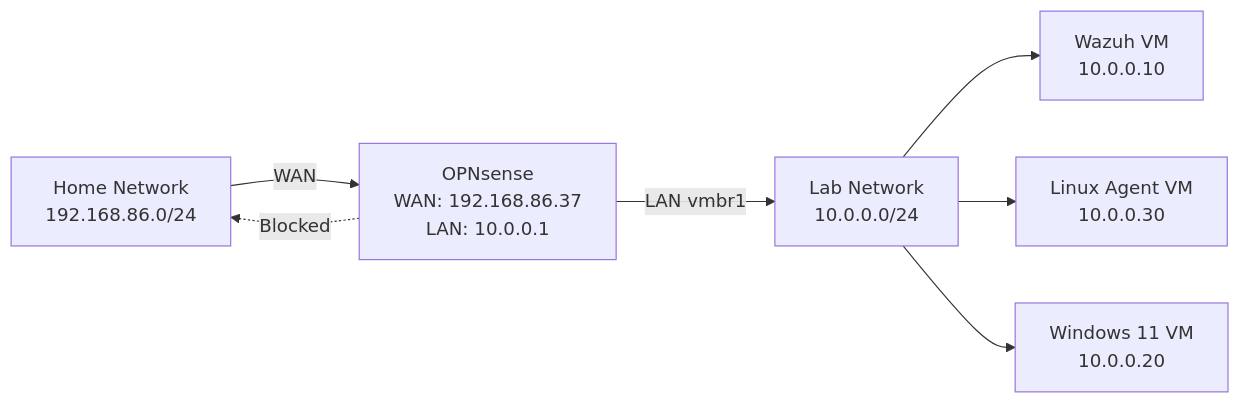
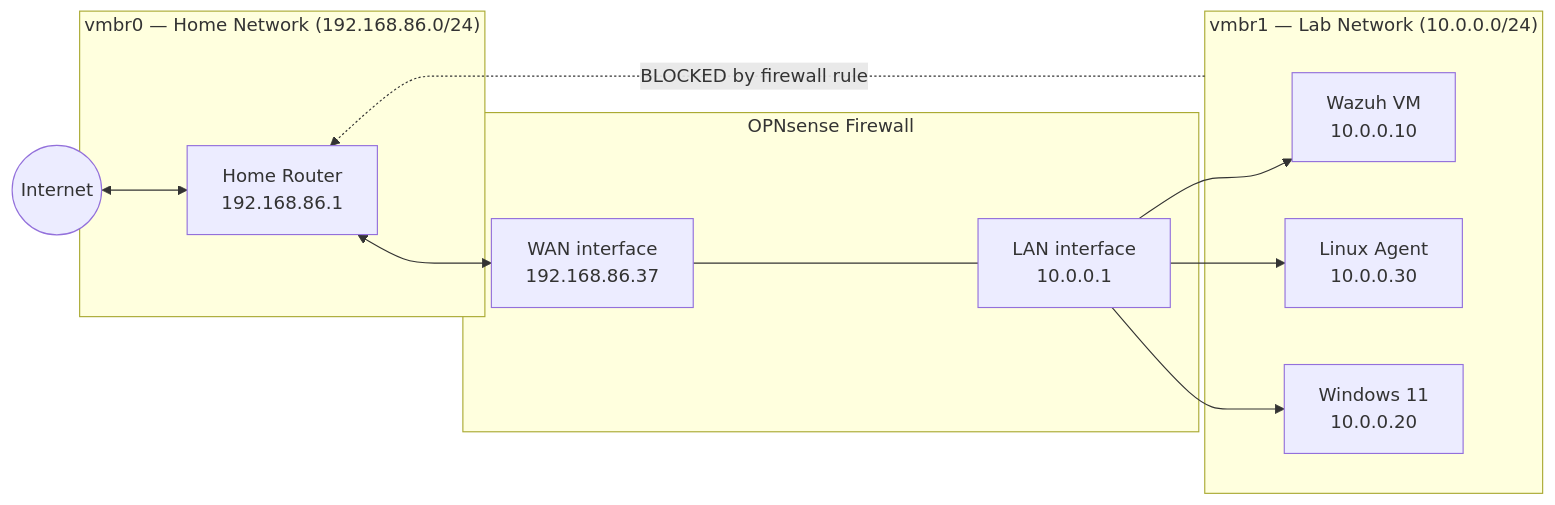
Before and after one commit to tahmidislam2003/opnsense-firewall-lab: the diagram in README.md, drawn with Mermaid.

Commit message:
Fix architecture diagram — correct traffic flow and block direction

````diff
--- a/README.md
+++ b/README.md
@@ -9,9 +9,27 @@
 ```mermaid
 graph LR
-    A[Home Network<br/>192.168.86.0/24] -->|WAN| B[OPNsense<br/>WAN: 192.168.86.37<br/>LAN: 10.0.0.1]
-    B -->|LAN vmbr1| C[Lab Network<br/>10.0.0.0/24]
-    C --> D[Wazuh VM<br/>10.0.0.10]
-    C --> E[Linux Agent VM<br/>10.0.0.30]
-    C --> F[Windows 11 VM<br/>10.0.0.20]
-    B -.->|Blocked| A
+    Internet((Internet))
+
+    subgraph home["vmbr0 — Home Network (192.168.86.0/24)"]
+        Router[Home Router<br/>192.168.86.1]
+    end
+
+    subgraph fw["OPNsense Firewall"]
+        WAN[WAN interface<br/>192.168.86.37]
+        LAN[LAN interface<br/>10.0.0.1]
+    end
+
+    subgraph lab["vmbr1 — Lab Network (10.0.0.0/24)"]
+        Wazuh[Wazuh VM<br/>10.0.0.10]
+        Linux[Linux Agent<br/>10.0.0.30]
+        Win[Windows 11<br/>10.0.0.20]
+    end
+
+    Internet <--> Router
+    Router <--> WAN
+    WAN --- LAN
+    LAN --> Wazuh
+    LAN --> Linux
+    LAN --> Win
+    lab -. "BLOCKED by firewall rule" .-> Router
 ```
````
